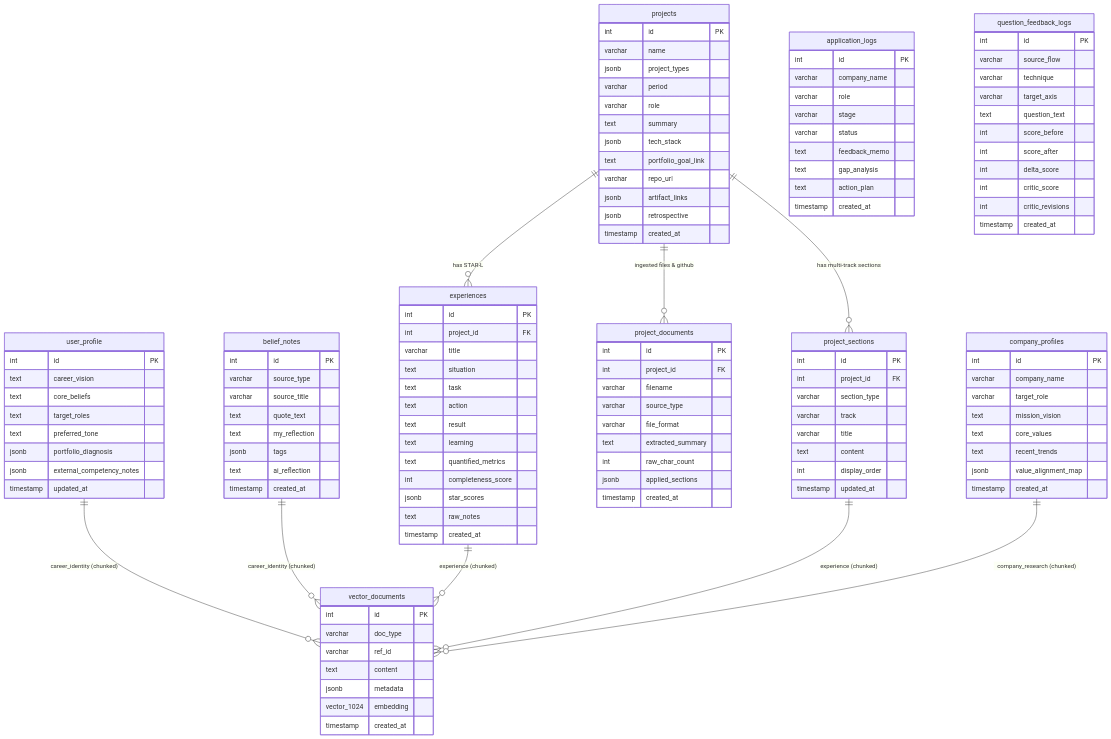
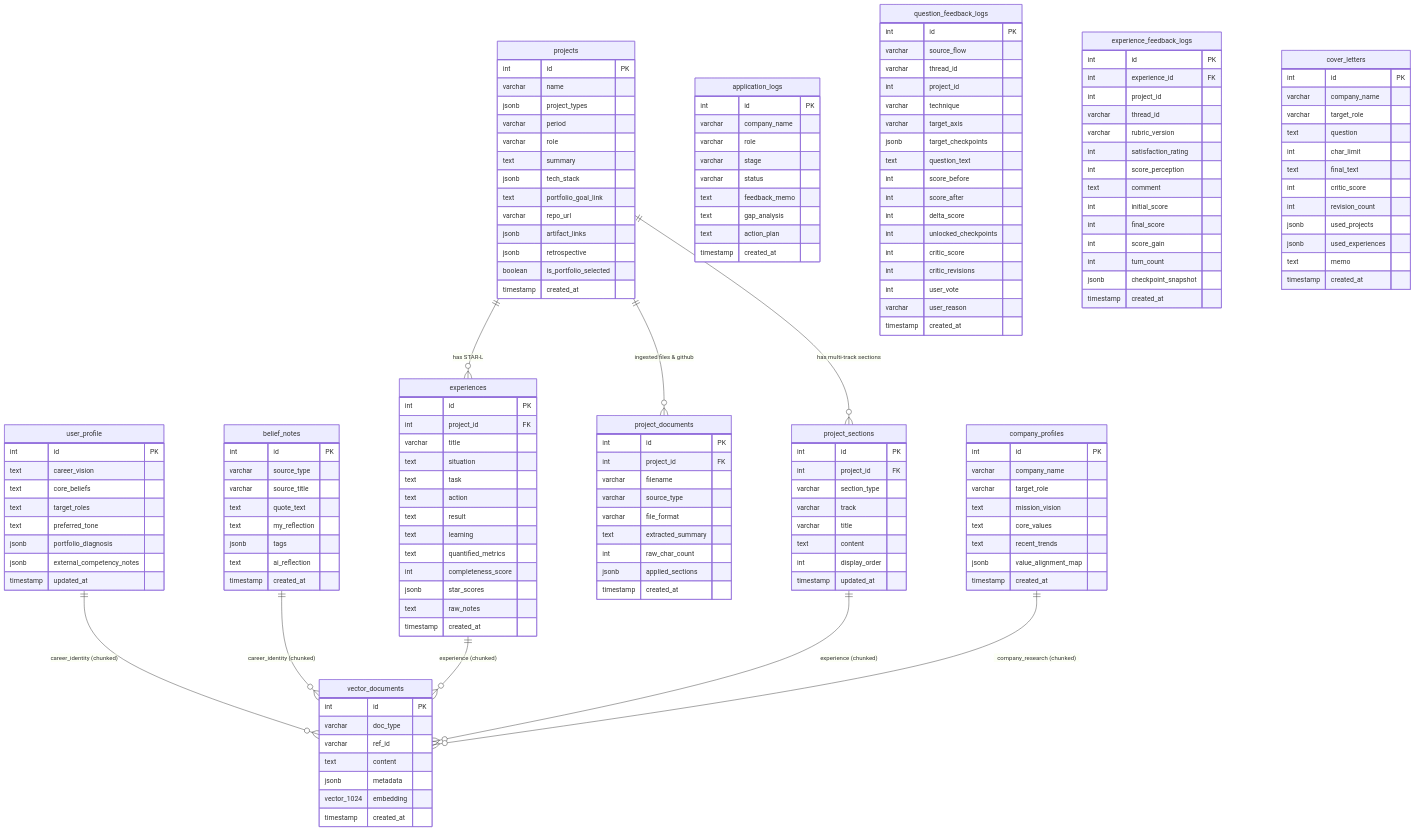
One commit to KASOP0306/write-on-vibe-lab changed the second of 2 diagrams in ARCHITECTURE.md. Above: the diagram before and after it, drawn with Mermaid. The commit also changed other lines of this file and 2 other files, not shown here.

Commit message:
docs: sync EXPERIENCE_MINING_ARCHITECTURE, README, and ARCHITECTURE with STAR-L v2.1, 1000 XP, and GitHub diff mining

```diff
--- a/ARCHITECTURE.md
+++ b/ARCHITECTURE.md
@@ -86,6 +86,7 @@
         varchar repo_url
         jsonb artifact_links
         jsonb retrospective
+        boolean is_portfolio_selected
         timestamp created_at
     }
 
@@ -154,14 +155,52 @@
     question_feedback_logs {
         int id PK
         varchar source_flow
+        varchar thread_id
+        int project_id
         varchar technique
         varchar target_axis
+        jsonb target_checkpoints
         text question_text
         int score_before
         int score_after
         int delta_score
+        int unlocked_checkpoints
         int critic_score
         int critic_revisions
+        int user_vote
+        varchar user_reason
+        timestamp created_at
+    }
+
+    experience_feedback_logs {
+        int id PK
+        int experience_id FK
+        int project_id
+        varchar thread_id
+        varchar rubric_version
+        int satisfaction_rating
+        int score_perception
+        text comment
+        int initial_score
+        int final_score
+        int score_gain
+        int turn_count
+        jsonb checkpoint_snapshot
+        timestamp created_at
+    }
+
+    cover_letters {
+        int id PK
+        varchar company_name
+        varchar target_role
+        text question
+        int char_limit
+        text final_text
+        int critic_score
+        int revision_count
+        jsonb used_projects
+        jsonb used_experiences
+        text memo
         timestamp created_at
     }
 
```
